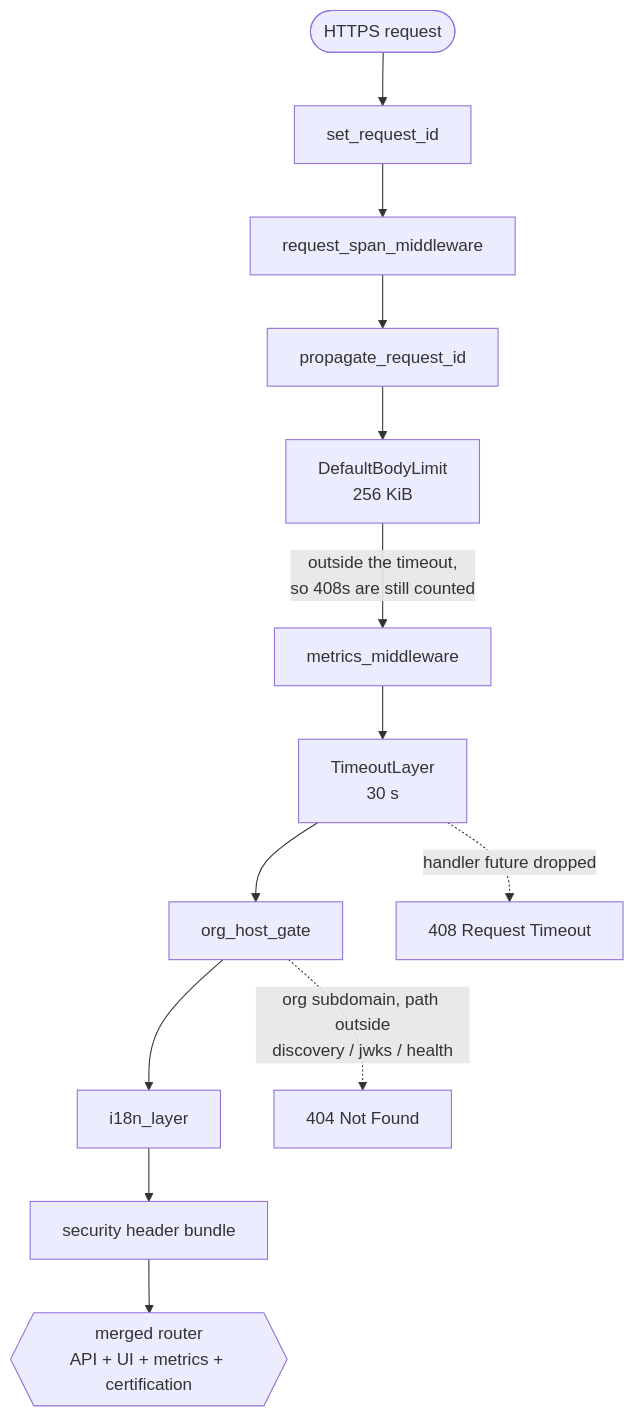
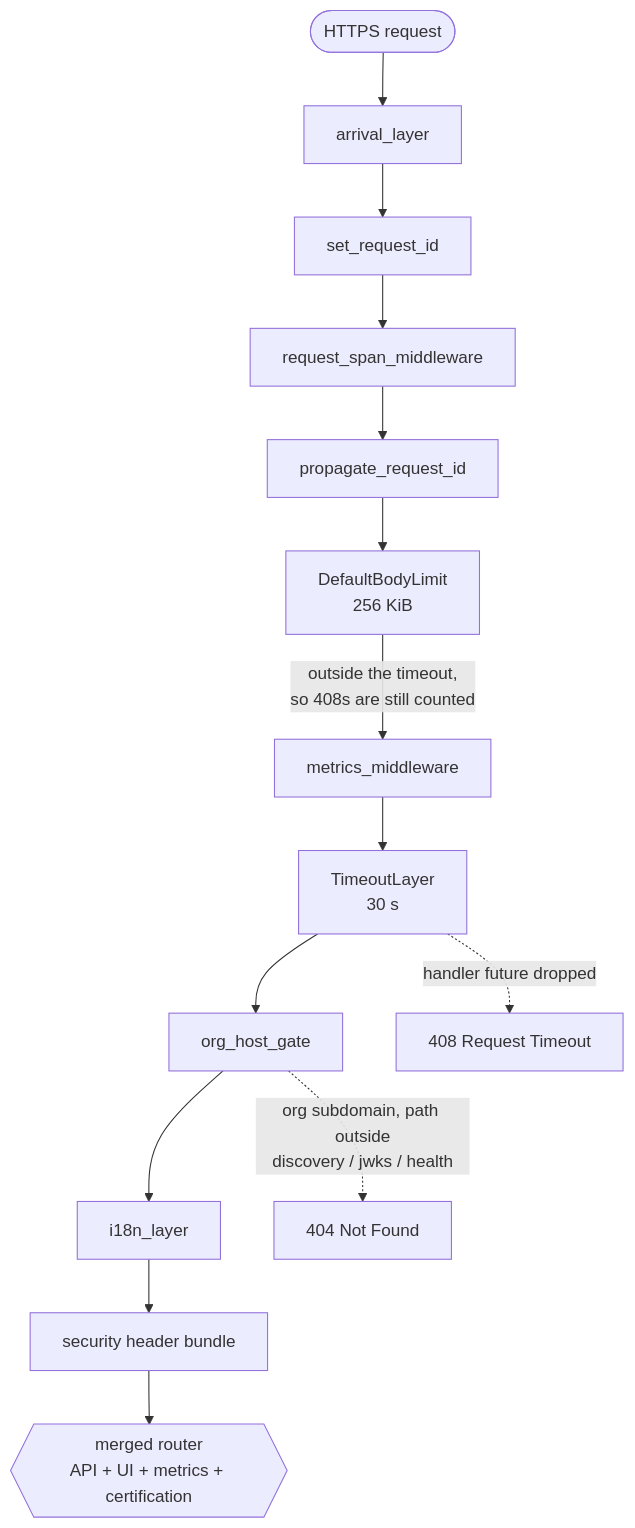
The first of 7 diagrams in crates/vouch-server/ARCHITECTURE.md (vouch-sh/vouch), drawn with Mermaid before and after one commit. The commit also changed other lines of this file and 1 other file, not shown here.

First line of the commit message:
docs(server): correct ARCHITECTURE.md against the current code (#1417)

````diff
--- a/crates/vouch-server/ARCHITECTURE.md
+++ b/crates/vouch-server/ARCHITECTURE.md
@@ -43,15 +43,16 @@
 ```mermaid
 flowchart TB
-  req(["HTTPS request"]) --> l1["set_request_id"]
+  req(["HTTPS request"]) --> l0["arrival_layer"]
+  l0 --> l1["set_request_id"]
   l1 --> l2["request_span_middleware"]
   l2 --> l3["propagate_request_id"]
   l3 --> l4["DefaultBodyLimit<br/>256 KiB"]
   l4 -- "outside the timeout,<br/>so 408s are still counted" --> l5["metrics_middleware"]
   l5 --> l6["TimeoutLayer<br/>30 s"]
   l6 --> l7["org_host_gate"]
   l7 --> l8["i18n_layer"]
   l8 --> l9["security header bundle"]
   l9 --> grp{{"merged router<br/>API + UI + metrics + certification"}}
   l6 -. "handler future dropped" .-> to["408 Request Timeout"]
   l7 -. "org subdomain, path outside<br/>discovery / jwks / health" .-> nf["404 Not Found"]
 ```
````
